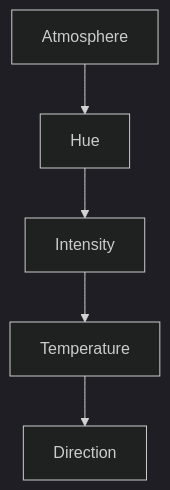
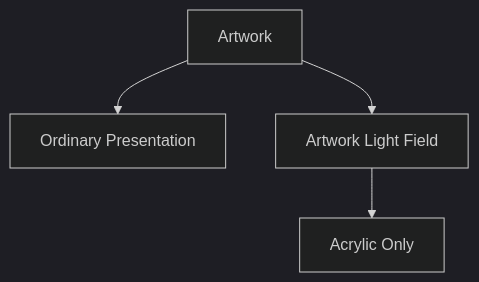
One commit to mosaic-media/architecture changed the third of 7 diagrams in docs/design/system/mds-003-material-system/08-uv-indexed-refraction.md. Above: the diagram before and after it, drawn with Mermaid (dark theme). The commit also changed other lines of this file and 12 other files, not shown here.

Commit message:
docs(mds-003): define refraction architecture

````diff
--- a/docs/design/system/mds-003-material-system/08-uv-indexed-refraction.md
+++ b/docs/design/system/mds-003-material-system/08-uv-indexed-refraction.md
@@ -236,14 +147,12 @@
 ```mermaid
 flowchart TD
 
-N1["Atmosphere"]
-N2["Hue"]
-N3["Intensity"]
-N4["Temperature"]
-N5["Direction"]
+N1["Artwork"]
+N2["Ordinary Presentation"]
+N3["Artwork Light Field"]
+N4["Acrylic Only"]
 
 N1 --> N2
-N2 --> N3
+N1 --> N3
 N3 --> N4
-N4 --> N5
 ```
````
